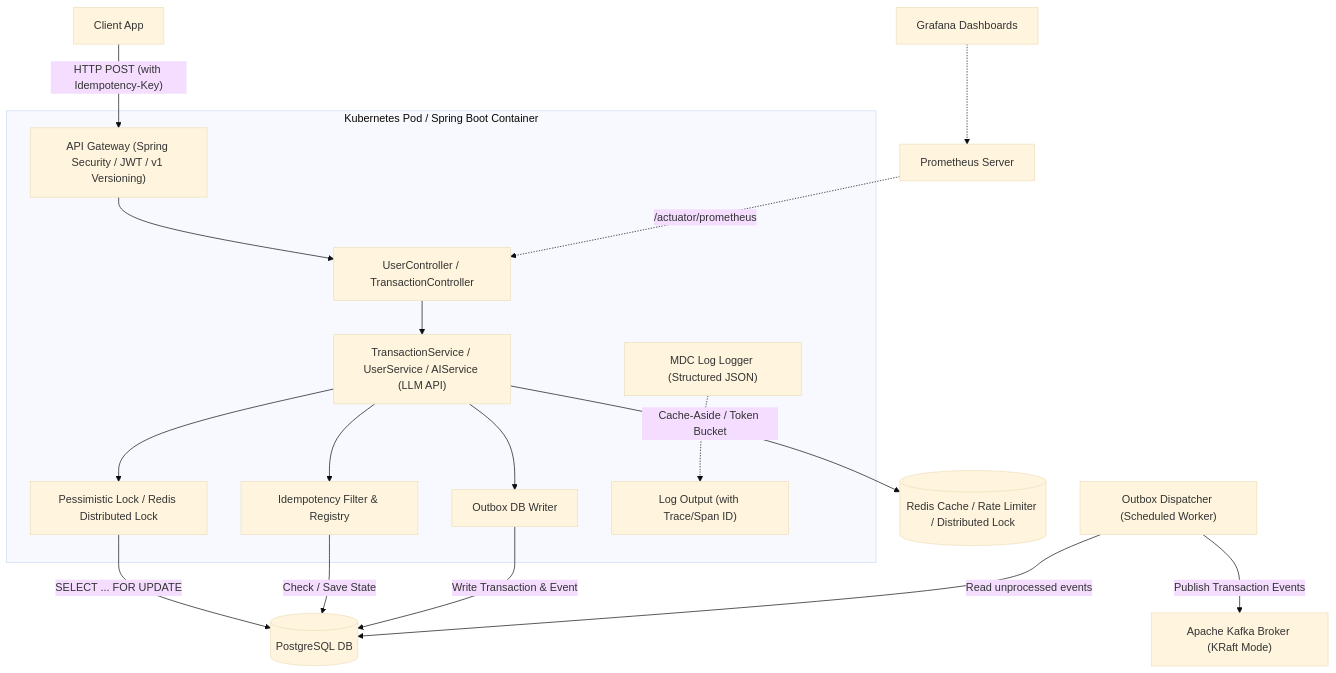
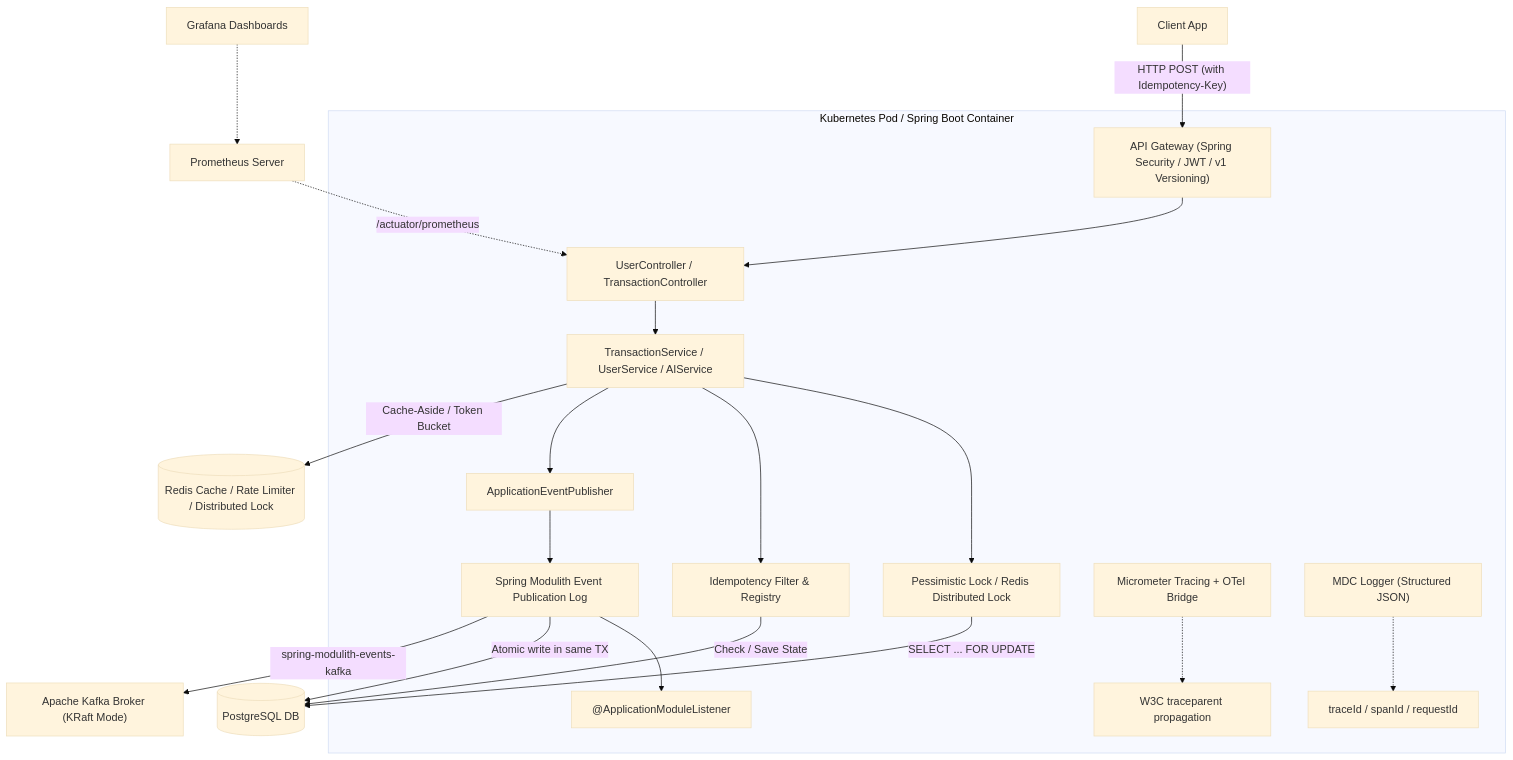
One commit to shashankch/payflow-api changed the diagram in docs/ARCHITECTURE.md. Above: the diagram before and after it, drawn with Mermaid (base theme). The commit also changed other lines of this file and 11 other files, not shown here.

````diff
--- a/docs/ARCHITECTURE.md
+++ b/docs/ARCHITECTURE.md
@@ -70,31 +72,33 @@
 ```mermaid
 graph TD
     %% Clients and Gateway
     Client["Client App"] -- "HTTP POST (with Idempotency-Key)" --> Gateway["API Gateway (Spring Security / JWT / v1 Versioning)"]
 
     subgraph "Kubernetes Pod / Spring Boot Container"
         Gateway --> Controller["UserController / TransactionController"]
-        Controller --> Service["TransactionService / UserService / AIService (LLM API)"]
+        Controller --> Service["TransactionService / UserService / AIService"]
         Service --> Locking["Pessimistic Lock / Redis Distributed Lock"]
         Service --> Idempotency["Idempotency Filter & Registry"]
-        Service --> OutboxWriter["Outbox DB Writer"]
+        Service --> EventPub["ApplicationEventPublisher"]
+        EventPub --> ModulithLog["Spring Modulith Event Publication Log"]
+        ModulithLog --> EventListener["@ApplicationModuleListener"]
         
-        %% Local telemetry
-        Logging["MDC Log Logger (Structured JSON)"] -.-> OutTrace["Log Output (with Trace/Span ID)"]
+        %% Observability
+        Tracing["Micrometer Tracing + OTel Bridge"] -.-> TraceOut["W3C traceparent propagation"]
+        Logging["MDC Logger (Structured JSON)"] -.-> LogOut["traceId / spanId / requestId"]
     end
 
     %% Databases & Cache
     Locking -- "SELECT ... FOR UPDATE" --> PostgresDB[("PostgreSQL DB")]
     Idempotency -- "Check / Save State" --> PostgresDB
-    OutboxWriter -- "Write Transaction & Event" --> PostgresDB
+    ModulithLog -- "Atomic write in same TX" --> PostgresDB
     
     Service -- "Cache-Aside / Token Bucket" --> Redis[("Redis Cache / Rate Limiter / Distributed Lock")]
 
-    %% Background processes
-    OutboxPoller["Outbox Dispatcher (Scheduled Worker)"] -- "Read unprocessed events" --> PostgresDB
-    OutboxPoller -- "Publish Transaction Events" --> Kafka["Apache Kafka Broker (KRaft Mode)"]
+    %% Kafka bridge (Phase 9A)
+    ModulithLog -- "spring-modulith-events-kafka" --> Kafka["Apache Kafka Broker (KRaft Mode)"]
 
     %% Observers
     Prometheus["Prometheus Server"] -.->|"/actuator/prometheus"| Controller
     Grafana["Grafana Dashboards"] -.-> Prometheus
 ```
````
